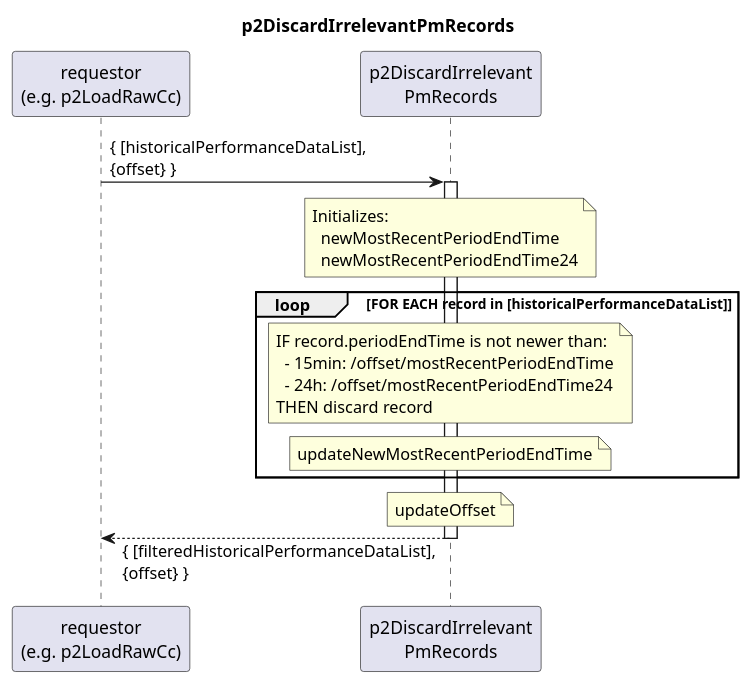
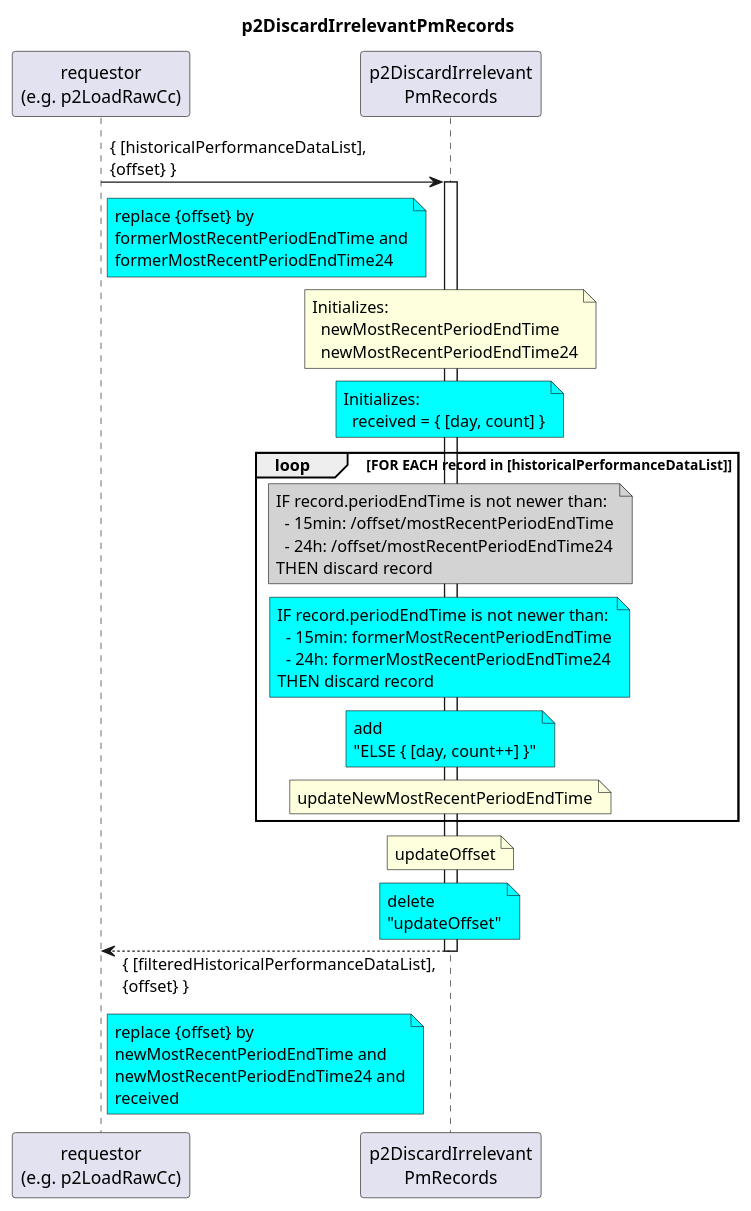
The diagram in spec/Functions/p1StreamPmData/p2ProcessDevice/p2LoadRawCc/p2DiscardIrrelevantPmRecords/1.0.0/p2DiscardIrrelevantPmRecords.plantuml (openBackhaul/DevicePerformanceManagementDataProcessor), drawn with PlantUML before and after one commit. The commit also changed 9 other files, not shown here.

```diff
--- a/spec/Functions/p1StreamPmData/p2ProcessDevice/p2LoadRawCc/p2DiscardIrrelevantPmRecords/1.0.0/p2DiscardIrrelevantPmRecords.plantuml
+++ b/spec/Functions/p1StreamPmData/p2ProcessDevice/p2LoadRawCc/p2DiscardIrrelevantPmRecords/1.0.0/p2DiscardIrrelevantPmRecords.plantuml
@@ -1,45 +1,73 @@
 @startuml p2DiscardIrrelevantPmRecords
 skinparam responseMessageBelowArrow true
 
 title
   p2DiscardIrrelevantPmRecords
 end title
 
 participant "requestor\n(e.g. p2LoadRawCc)" as requestor
 participant "p2DiscardIrrelevant\nPmRecords" as cur
 
 
 requestor -> cur: { [historicalPerformanceDataList],\n{offset} }
+note right requestor #Cyan
+  replace {offset} by
+  formerMostRecentPeriodEndTime and
+  formerMostRecentPeriodEndTime24
+end note
 activate cur
 
   note over cur
     Initializes:
       newMostRecentPeriodEndTime
       newMostRecentPeriodEndTime24
   end note
+  note over cur #Cyan
+    Initializes:
+      received = { [day, count] }
+  end note
 
+  loop FOR EACH record in [historicalPerformanceDataList]
 
-loop FOR EACH record in [historicalPerformanceDataList]
+    note over cur #LightGray
+      IF record.periodEndTime is not newer than:
+        - 15min: /offset/mostRecentPeriodEndTime
+        - 24h: /offset/mostRecentPeriodEndTime24
+      THEN discard record
+    end note
+    note over cur #Cyan
+      IF record.periodEndTime is not newer than:
+        - 15min: formerMostRecentPeriodEndTime
+        - 24h: formerMostRecentPeriodEndTime24
+      THEN discard record
+    end note
+    note over cur #Cyan
+      add
+      "ELSE { [day, count++] }"
+    end note
+
+    note over cur
+      updateNewMostRecentPeriodEndTime
+    end note
+
+  end loop
 
   note over cur
-    IF record.periodEndTime is not newer than:
-      - 15min: /offset/mostRecentPeriodEndTime
-      - 24h: /offset/mostRecentPeriodEndTime24
-    THEN discard record
+    updateOffset
+  end note
+  note over cur #Cyan
+    delete
+    "updateOffset"
   end note
 
-  note over cur
-    updateNewMostRecentPeriodEndTime
-  end note
-
-end loop
-
-note over cur
-  updateOffset
+requestor <-- cur: { [filteredHistoricalPerformanceDataList],\n{offset} }
+note right requestor #Cyan
+  replace {offset} by
+  newMostRecentPeriodEndTime and
+  newMostRecentPeriodEndTime24 and
+  received
 end note
-
-requestor <-- cur: { [filteredHistoricalPerformanceDataList],\n{offset} }
 
 deactivate cur
 
 @enduml
```
